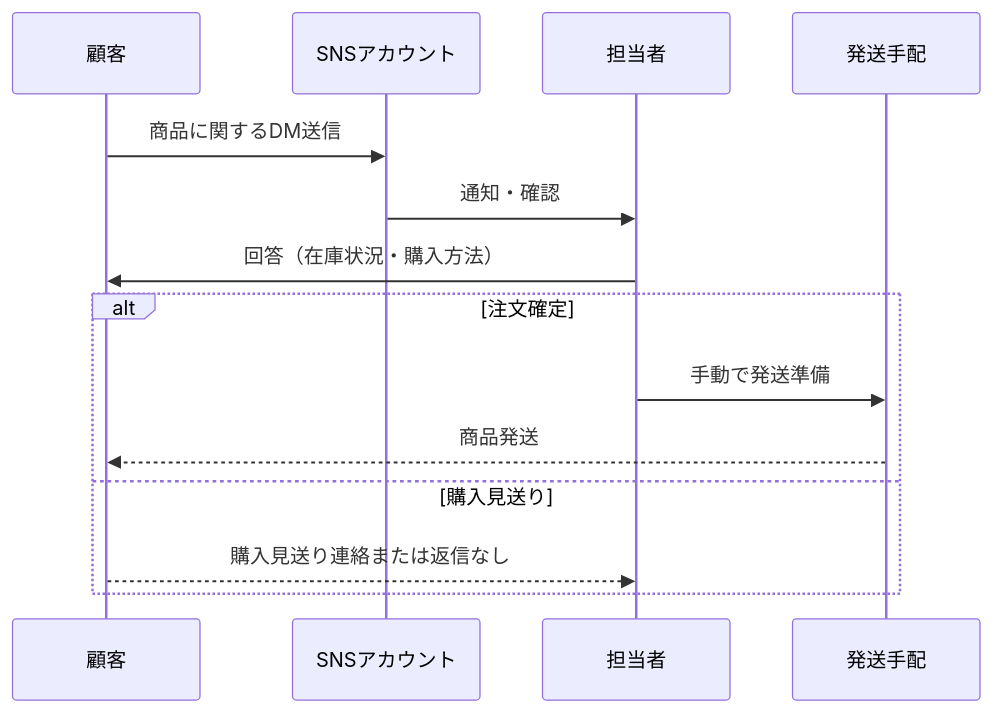
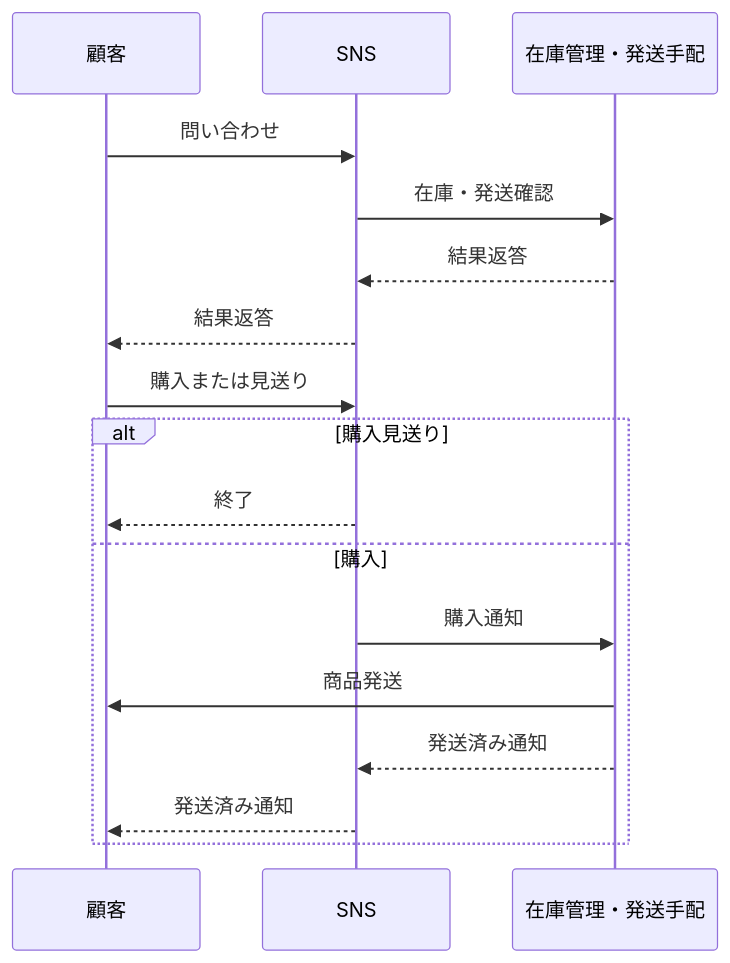
One commit to YUKlT0/Equipe changed the diagram in 要件定義/要件定義書.md. Above: the diagram before and after it, drawn with Mermaid.

Commit message:
シーケンス図の修正

```diff
--- a/要件定義/要件定義書.md
+++ b/要件定義/要件定義書.md
@@ -265,18 +265,21 @@
 <div class="mermaid">
 sequenceDiagram
     participant 顧客
-    participant SNSアカウント
-    participant 担当者
-    participant 発送手配
+    participant SNS
+    participant 在庫管理発送手配 as 在庫管理・発送手配
 
-    顧客->>SNSアカウント: 商品に関するDM送信
-    SNSアカウント->>担当者: 通知・確認
-    担当者->>顧客: 回答（在庫状況・購入方法）
-    alt 注文確定
-        担当者->>発送手配: 手動で発送準備
-        発送手配-->>顧客: 商品発送
-    else 購入見送り
-        顧客-->>担当者: 購入見送り連絡または返信なし
+    顧客->>SNS: 問い合わせ
+    SNS->>在庫管理発送手配: 在庫・発送確認
+    在庫管理発送手配-->>SNS: 結果返答
+    SNS-->>顧客: 結果返答
+    顧客->>SNS: 購入または見送り
+    alt 購入見送り
+        SNS-->>顧客: 終了
+    else 購入
+        SNS->>在庫管理発送手配: 購入通知
+        在庫管理発送手配->>顧客: 商品発送
+        在庫管理発送手配-->>SNS: 発送済み通知
+        SNS-->>顧客: 発送済み通知
     end
 
 </div>
```
